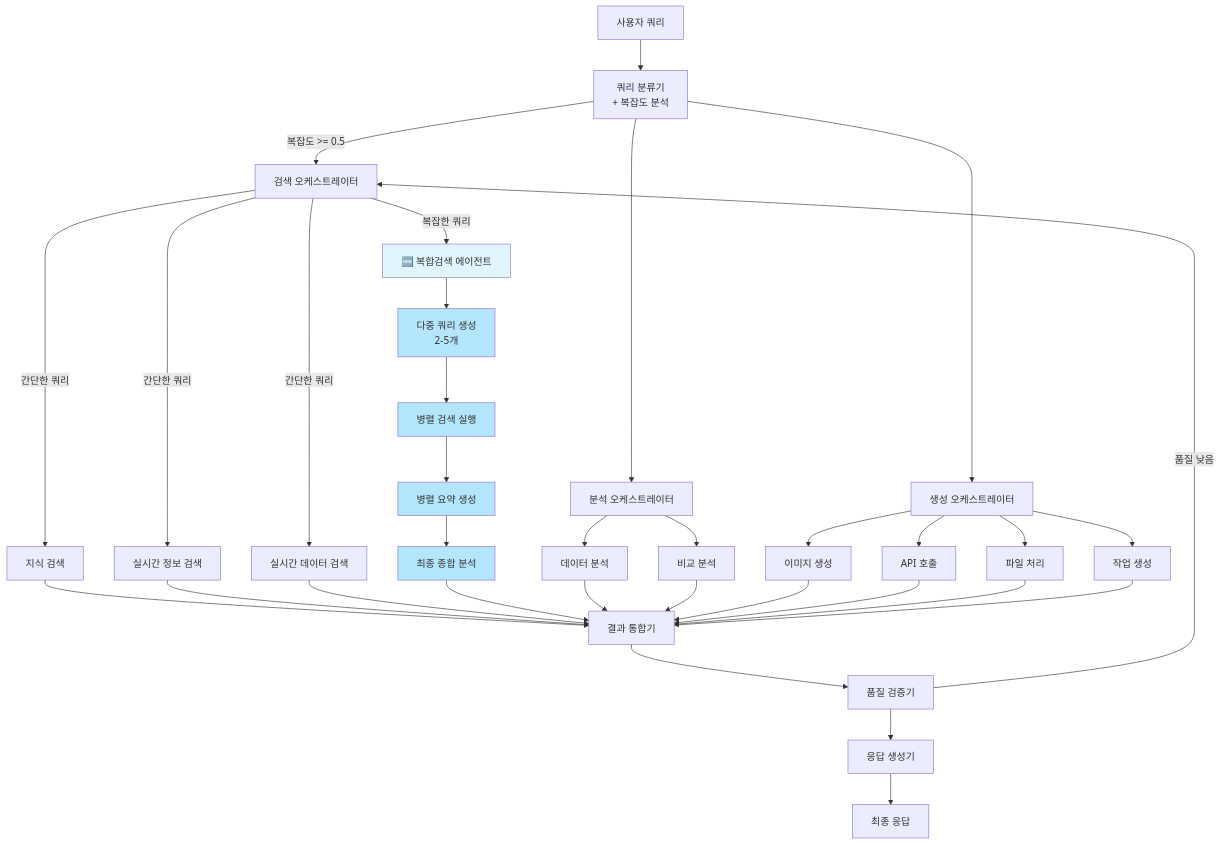
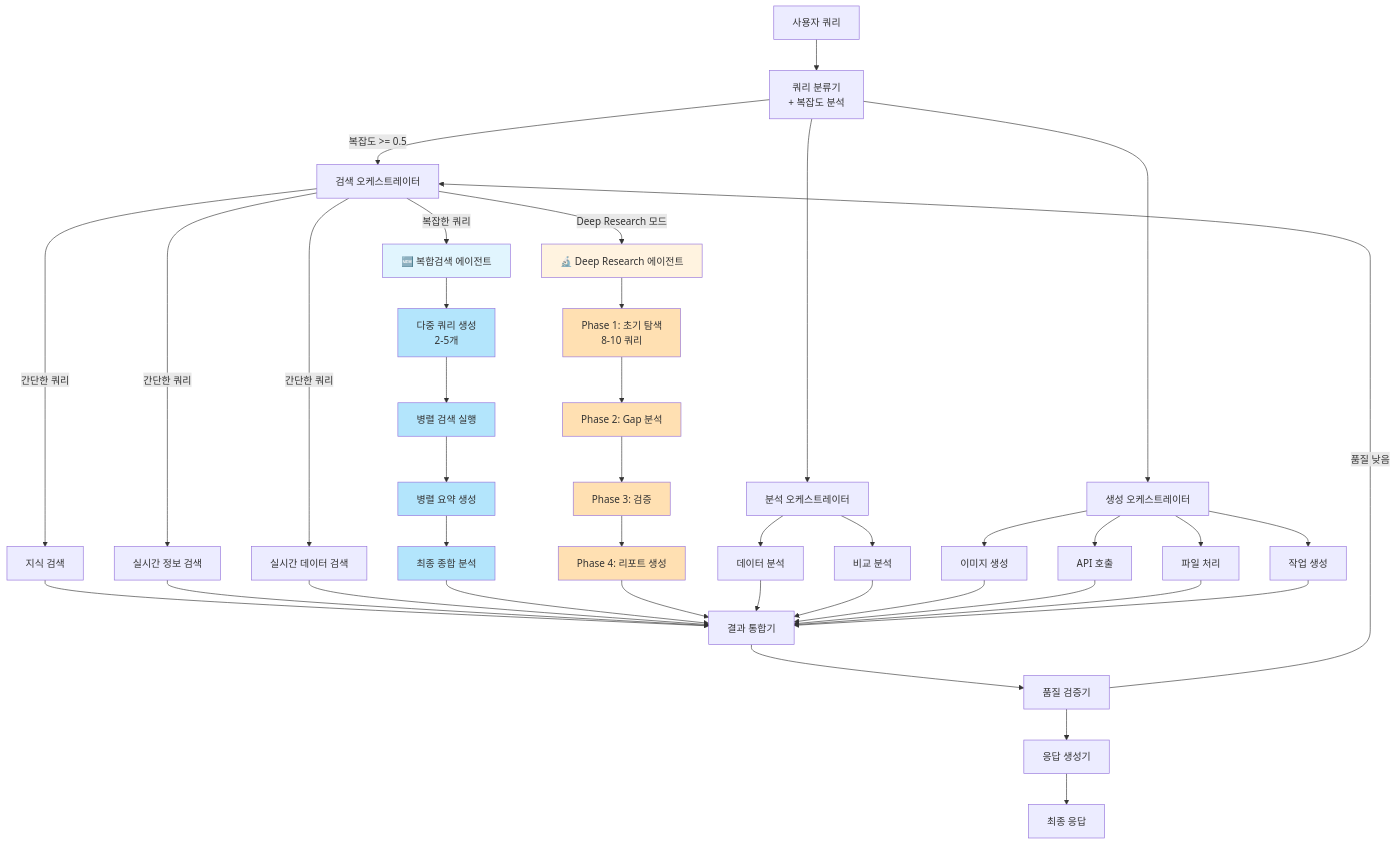
Before and after one commit to NEOS-AI/neos: the diagram in README.md, drawn with Mermaid. The commit also changed other lines of this file, not shown here.

````diff
--- a/README.md
+++ b/README.md
@@ -39,47 +43,59 @@
 ```mermaid
 graph TB
     A[사용자 쿼리] --> B[쿼리 분류기<br/>+ 복잡도 분석]
     B -->|복잡도 >= 0.5| C[검색 오케스트레이터]
     B --> D[분석 오케스트레이터]
     B --> E[생성 오케스트레이터]
 
     C -->|간단한 쿼리| C1[지식 검색]
     C -->|간단한 쿼리| C2[실시간 정보 검색]
     C -->|간단한 쿼리| C3[실시간 데이터 검색]
     C -->|복잡한 쿼리| C4[🆕 복합검색 에이전트]
+    C -->|Deep Research 모드| C5[🔬 Deep Research 에이전트]
 
     C4 --> C4A[다중 쿼리 생성<br/>2-5개]
     C4A --> C4B[병렬 검색 실행]
     C4B --> C4C[병렬 요약 생성]
     C4C --> C4D[최종 종합 분석]
+
+    C5 --> C5A[Phase 1: 초기 탐색<br/>8-10 쿼리]
+    C5A --> C5B[Phase 2: Gap 분석]
+    C5B --> C5C[Phase 3: 검증]
+    C5C --> C5D[Phase 4: 리포트 생성]
 
     D --> D1[데이터 분석]
     D --> D2[비교 분석]
 
     E --> E1[이미지 생성]
     E --> E2[API 호출]
     E --> E3[파일 처리]
     E --> E4[작업 생성]
 
     C1 --> F[결과 통합기]
     C2 --> F
     C3 --> F
     C4D --> F
+    C5D --> F
     D1 --> F
     D2 --> F
     E1 --> F
     E2 --> F
     E3 --> F
     E4 --> F
 
     F --> G[품질 검증기]
     G --> H[응답 생성기]
     G -->|품질 낮음| C
     H --> I[최종 응답]
 
     style C4 fill:#e1f5fe
     style C4A fill:#b3e5fc
     style C4B fill:#b3e5fc
     style C4C fill:#b3e5fc
     style C4D fill:#b3e5fc
+    style C5 fill:#fff3e0
+    style C5A fill:#ffe0b2
+    style C5B fill:#ffe0b2
+    style C5C fill:#ffe0b2
+    style C5D fill:#ffe0b2
 ```
````
